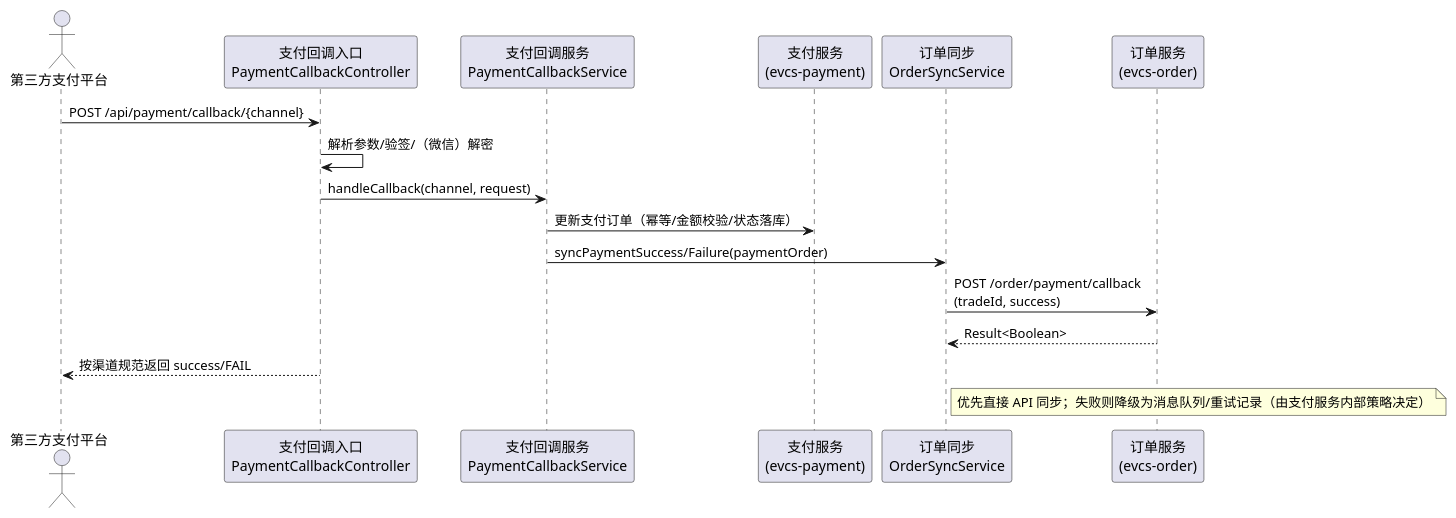
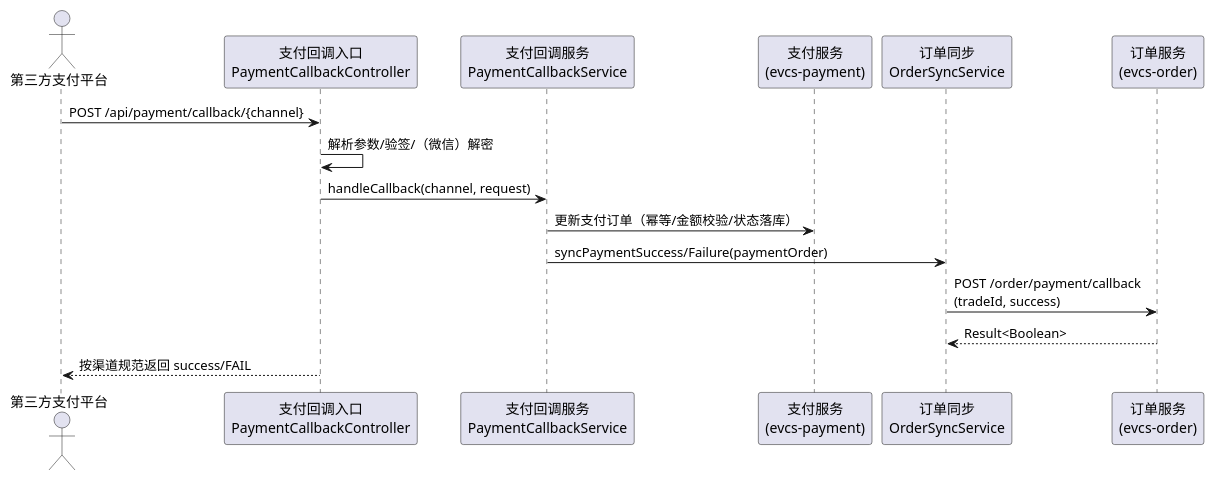
Before and after one commit to Big-Dao/evcs-mgr: the third of 3 diagrams in docs/references/API-DOCUMENTATION.md, drawn with PlantUML. The commit also changed other lines of this file, not shown here.

Commit message:
feat: Update API documentation to version 1.3 with revised paths and module descriptions

````diff
--- a/docs/references/API-DOCUMENTATION.md
+++ b/docs/references/API-DOCUMENTATION.md
@@ -810,24 +367,19 @@
 ```plantuml
 @startuml
 actor "第三方支付平台" as PSP
 participant "支付回调入口\nPaymentCallbackController" as Callback
 participant "支付回调服务\nPaymentCallbackService" as CallbackSvc
 participant "支付服务\n(evcs-payment)" as Payment
 participant "订单同步\nOrderSyncService" as Sync
 participant "订单服务\n(evcs-order)" as Order
 
 PSP -> Callback: POST /api/payment/callback/{channel}
 Callback -> Callback: 解析参数/验签/（微信）解密
 Callback -> CallbackSvc: handleCallback(channel, request)
 CallbackSvc -> Payment: 更新支付订单（幂等/金额校验/状态落库）
 CallbackSvc -> Sync: syncPaymentSuccess/Failure(paymentOrder)
 Sync -> Order: POST /order/payment/callback\n(tradeId, success)
 Order --> Sync: Result<Boolean>
 Callback --> PSP: 按渠道规范返回 success/FAIL
-
-note right of Sync
-优先直接 API 同步；失败则降级为消息队列/重试记录（由支付服务内部策略决定）
-end note
-
 @enduml
 ```
````
